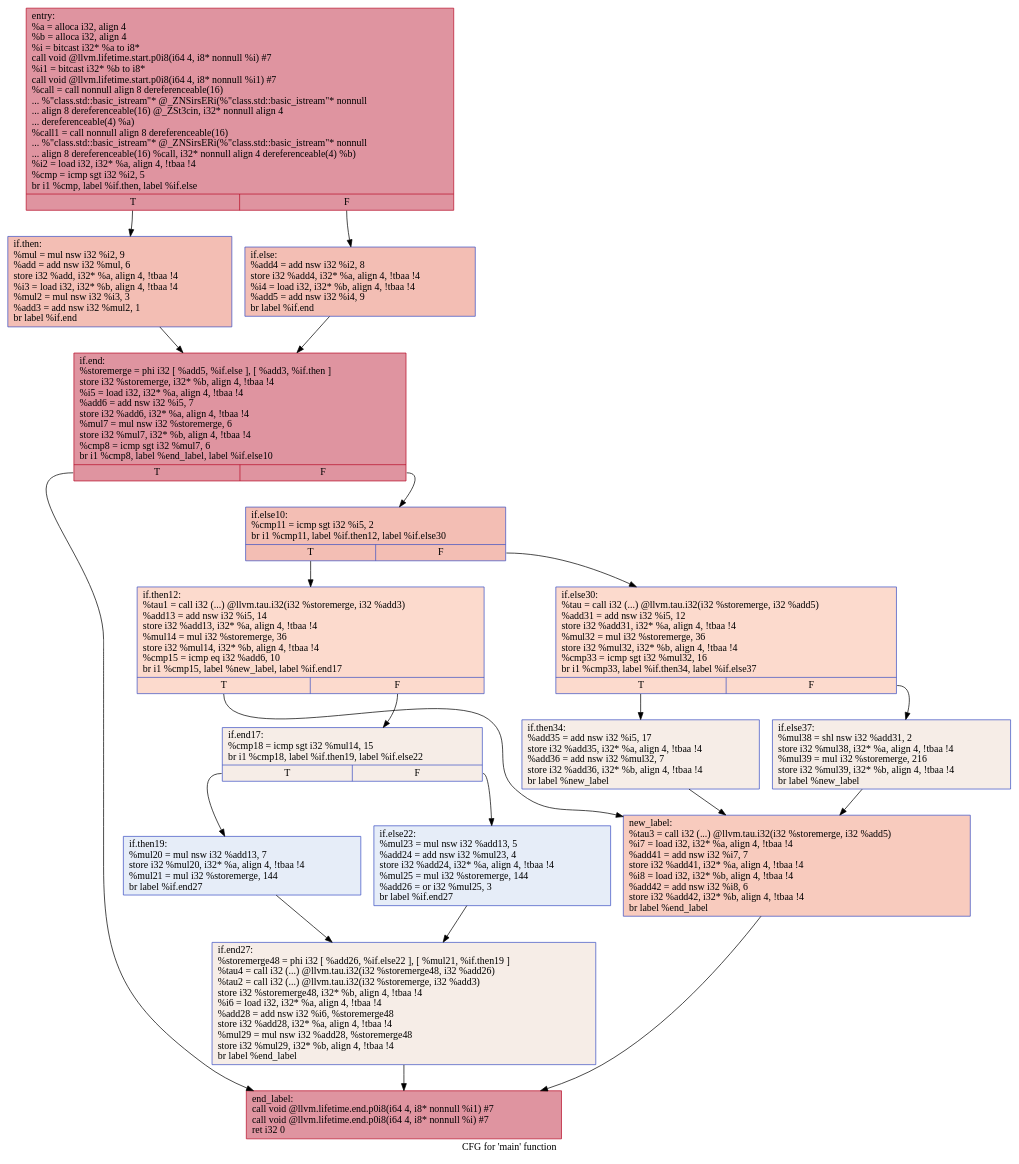
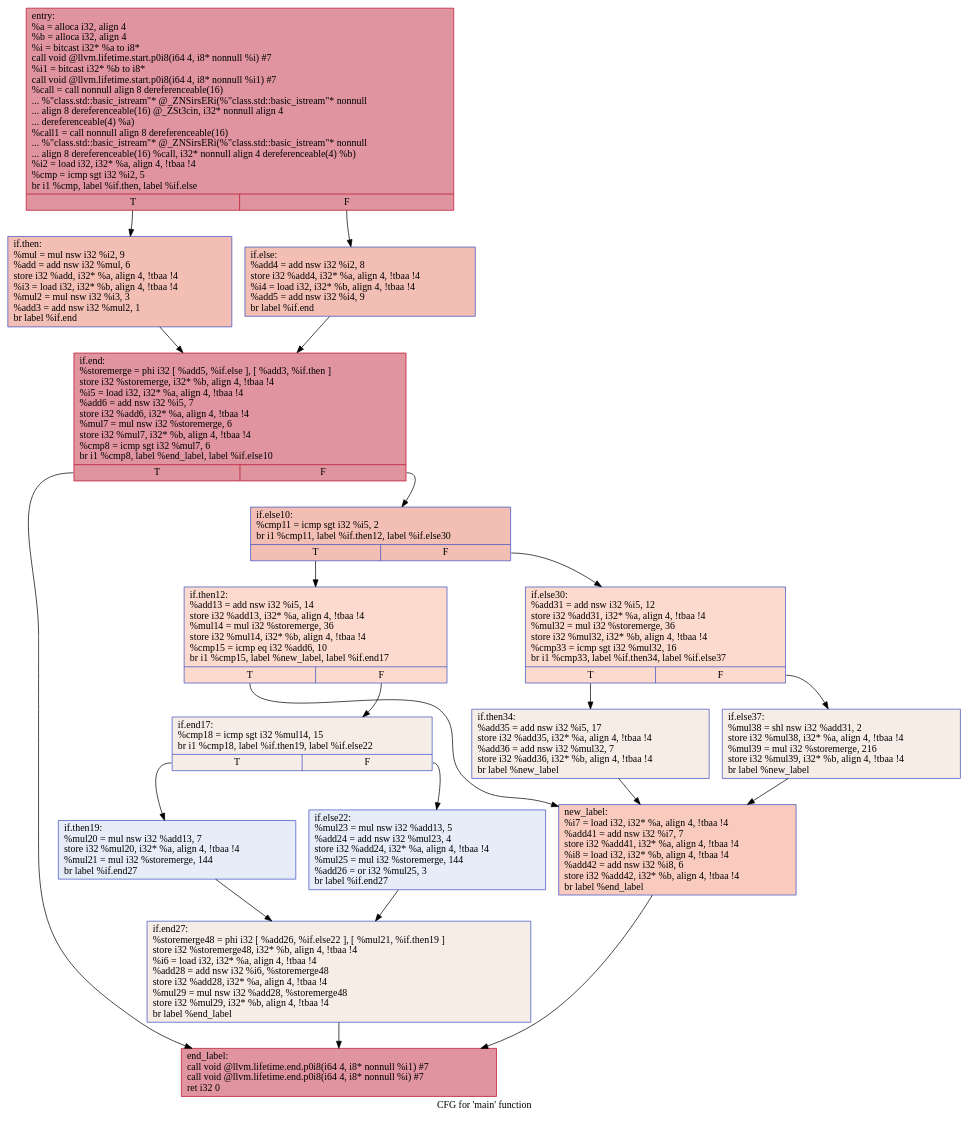
The diagram in IR/cfg/.main.dot (HPSSA-LLVM/HPSSA-LLVM), drawn with Graphviz before and after one commit. The commit also changed 8 other files, not shown here.

```diff
--- a/IR/cfg/.main.dot
+++ b/IR/cfg/.main.dot
@@ -1,39 +1,39 @@
 digraph "CFG for 'main' function" {
 	label="CFG for 'main' function";
 
-	Node0x55c37dbb5500 [shape=record,color="#b70d28ff", style=filled, fillcolor="#b70d2870",label="{entry:\l  %a = alloca i32, align 4\l  %b = alloca i32, align 4\l  %i = bitcast i32* %a to i8*\l  call void @llvm.lifetime.start.p0i8(i64 4, i8* nonnull %i) #7\l  %i1 = bitcast i32* %b to i8*\l  call void @llvm.lifetime.start.p0i8(i64 4, i8* nonnull %i1) #7\l  %call = call nonnull align 8 dereferenceable(16)\l... %\"class.std::basic_istream\"* @_ZNSirsERi(%\"class.std::basic_istream\"* nonnull\l... align 8 dereferenceable(16) @_ZSt3cin, i32* nonnull align 4\l... dereferenceable(4) %a)\l  %call1 = call nonnull align 8 dereferenceable(16)\l... %\"class.std::basic_istream\"* @_ZNSirsERi(%\"class.std::basic_istream\"* nonnull\l... align 8 dereferenceable(16) %call, i32* nonnull align 4 dereferenceable(4) %b)\l  %i2 = load i32, i32* %a, align 4, !tbaa !4\l  %cmp = icmp sgt i32 %i2, 5\l  br i1 %cmp, label %if.then, label %if.else\l|{<s0>T|<s1>F}}"];
-	Node0x55c37dbb5500:s0 -> Node0x55c37dbb6f40;
-	Node0x55c37dbb5500:s1 -> Node0x55c37dbb7010;
-	Node0x55c37dbb6f40 [shape=record,color="#3d50c3ff", style=filled, fillcolor="#e36c5570",label="{if.then:                                          \l  %mul = mul nsw i32 %i2, 9\l  %add = add nsw i32 %mul, 6\l  store i32 %add, i32* %a, align 4, !tbaa !4\l  %i3 = load i32, i32* %b, align 4, !tbaa !4\l  %mul2 = mul nsw i32 %i3, 3\l  %add3 = add nsw i32 %mul2, 1\l  br label %if.end\l}"];
-	Node0x55c37dbb6f40 -> Node0x55c37dbb7db0;
-	Node0x55c37dbb7010 [shape=record,color="#3d50c3ff", style=filled, fillcolor="#e36c5570",label="{if.else:                                          \l  %add4 = add nsw i32 %i2, 8\l  store i32 %add4, i32* %a, align 4, !tbaa !4\l  %i4 = load i32, i32* %b, align 4, !tbaa !4\l  %add5 = add nsw i32 %i4, 9\l  br label %if.end\l}"];
-	Node0x55c37dbb7010 -> Node0x55c37dbb7db0;
-	Node0x55c37dbb7db0 [shape=record,color="#b70d28ff", style=filled, fillcolor="#b70d2870",label="{if.end:                                           \l  %storemerge = phi i32 [ %add5, %if.else ], [ %add3, %if.then ]\l  store i32 %storemerge, i32* %b, align 4, !tbaa !4\l  %i5 = load i32, i32* %a, align 4, !tbaa !4\l  %add6 = add nsw i32 %i5, 7\l  store i32 %add6, i32* %a, align 4, !tbaa !4\l  %mul7 = mul nsw i32 %storemerge, 6\l  store i32 %mul7, i32* %b, align 4, !tbaa !4\l  %cmp8 = icmp sgt i32 %mul7, 6\l  br i1 %cmp8, label %end_label, label %if.else10\l|{<s0>T|<s1>F}}"];
-	Node0x55c37dbb7db0:s0 -> Node0x55c37dbb89d0;
-	Node0x55c37dbb7db0:s1 -> Node0x55c37dbb8a50;
-	Node0x55c37dbb8a50 [shape=record,color="#3d50c3ff", style=filled, fillcolor="#e36c5570",label="{if.else10:                                        \l  %cmp11 = icmp sgt i32 %i5, 2\l  br i1 %cmp11, label %if.then12, label %if.else30\l|{<s0>T|<s1>F}}"];
-	Node0x55c37dbb8a50:s0 -> Node0x55c37dbb8cc0;
-	Node0x55c37dbb8a50:s1 -> Node0x55c37dbb8d40;
-	Node0x55c37dbb8cc0 [shape=record,color="#3d50c3ff", style=filled, fillcolor="#f7ac8e70",label="{if.then12:                                        \l  %tau1 = call i32 (...) @llvm.tau.i32(i32 %storemerge, i32 %add3)\l  %add13 = add nsw i32 %i5, 14\l  store i32 %add13, i32* %a, align 4, !tbaa !4\l  %mul14 = mul i32 %storemerge, 36\l  store i32 %mul14, i32* %b, align 4, !tbaa !4\l  %cmp15 = icmp eq i32 %add6, 10\l  br i1 %cmp15, label %new_label, label %if.end17\l|{<s0>T|<s1>F}}"];
-	Node0x55c37dbb8cc0:s0 -> Node0x55c37dbb9510;
-	Node0x55c37dbb8cc0:s1 -> Node0x55c37dbb95f0;
-	Node0x55c37dbb95f0 [shape=record,color="#3d50c3ff", style=filled, fillcolor="#ead5c970",label="{if.end17:                                         \l  %cmp18 = icmp sgt i32 %mul14, 15\l  br i1 %cmp18, label %if.then19, label %if.else22\l|{<s0>T|<s1>F}}"];
-	Node0x55c37dbb95f0:s0 -> Node0x55c37dbba070;
-	Node0x55c37dbb95f0:s1 -> Node0x55c37dbba0f0;
-	Node0x55c37dbba070 [shape=record,color="#3d50c3ff", style=filled, fillcolor="#c7d7f070",label="{if.then19:                                        \l  %mul20 = mul nsw i32 %add13, 7\l  store i32 %mul20, i32* %a, align 4, !tbaa !4\l  %mul21 = mul i32 %storemerge, 144\l  br label %if.end27\l}"];
-	Node0x55c37dbba070 -> Node0x55c37dbba4a0;
-	Node0x55c37dbba0f0 [shape=record,color="#3d50c3ff", style=filled, fillcolor="#c7d7f070",label="{if.else22:                                        \l  %mul23 = mul nsw i32 %add13, 5\l  %add24 = add nsw i32 %mul23, 4\l  store i32 %add24, i32* %a, align 4, !tbaa !4\l  %mul25 = mul i32 %storemerge, 144\l  %add26 = or i32 %mul25, 3\l  br label %if.end27\l}"];
-	Node0x55c37dbba0f0 -> Node0x55c37dbba4a0;
-	Node0x55c37dbba4a0 [shape=record,color="#3d50c3ff", style=filled, fillcolor="#ead5c970",label="{if.end27:                                         \l  %storemerge48 = phi i32 [ %add26, %if.else22 ], [ %mul21, %if.then19 ]\l  %tau4 = call i32 (...) @llvm.tau.i32(i32 %storemerge48, i32 %add26)\l  %tau2 = call i32 (...) @llvm.tau.i32(i32 %storemerge, i32 %add3)\l  store i32 %storemerge48, i32* %b, align 4, !tbaa !4\l  %i6 = load i32, i32* %a, align 4, !tbaa !4\l  %add28 = add nsw i32 %i6, %storemerge48\l  store i32 %add28, i32* %a, align 4, !tbaa !4\l  %mul29 = mul nsw i32 %add28, %storemerge48\l  store i32 %mul29, i32* %b, align 4, !tbaa !4\l  br label %end_label\l}"];
-	Node0x55c37dbba4a0 -> Node0x55c37dbb89d0;
-	Node0x55c37dbb8d40 [shape=record,color="#3d50c3ff", style=filled, fillcolor="#f7ac8e70",label="{if.else30:                                        \l  %tau = call i32 (...) @llvm.tau.i32(i32 %storemerge, i32 %add5)\l  %add31 = add nsw i32 %i5, 12\l  store i32 %add31, i32* %a, align 4, !tbaa !4\l  %mul32 = mul i32 %storemerge, 36\l  store i32 %mul32, i32* %b, align 4, !tbaa !4\l  %cmp33 = icmp sgt i32 %mul32, 16\l  br i1 %cmp33, label %if.then34, label %if.else37\l|{<s0>T|<s1>F}}"];
-	Node0x55c37dbb8d40:s0 -> Node0x55c37dbbbb50;
-	Node0x55c37dbb8d40:s1 -> Node0x55c37dbbbbd0;
-	Node0x55c37dbbbb50 [shape=record,color="#3d50c3ff", style=filled, fillcolor="#ead5c970",label="{if.then34:                                        \l  %add35 = add nsw i32 %i5, 17\l  store i32 %add35, i32* %a, align 4, !tbaa !4\l  %add36 = add nsw i32 %mul32, 7\l  store i32 %add36, i32* %b, align 4, !tbaa !4\l  br label %new_label\l}"];
-	Node0x55c37dbbbb50 -> Node0x55c37dbb9510;
-	Node0x55c37dbbbbd0 [shape=record,color="#3d50c3ff", style=filled, fillcolor="#ead5c970",label="{if.else37:                                        \l  %mul38 = shl nsw i32 %add31, 2\l  store i32 %mul38, i32* %a, align 4, !tbaa !4\l  %mul39 = mul i32 %storemerge, 216\l  store i32 %mul39, i32* %b, align 4, !tbaa !4\l  br label %new_label\l}"];
-	Node0x55c37dbbbbd0 -> Node0x55c37dbb9510;
-	Node0x55c37dbb9510 [shape=record,color="#3d50c3ff", style=filled, fillcolor="#ef886b70",label="{new_label:                                        \l  %tau3 = call i32 (...) @llvm.tau.i32(i32 %storemerge, i32 %add5)\l  %i7 = load i32, i32* %a, align 4, !tbaa !4\l  %add41 = add nsw i32 %i7, 7\l  store i32 %add41, i32* %a, align 4, !tbaa !4\l  %i8 = load i32, i32* %b, align 4, !tbaa !4\l  %add42 = add nsw i32 %i8, 6\l  store i32 %add42, i32* %b, align 4, !tbaa !4\l  br label %end_label\l}"];
-	Node0x55c37dbb9510 -> Node0x55c37dbb89d0;
-	Node0x55c37dbb89d0 [shape=record,color="#b70d28ff", style=filled, fillcolor="#b70d2870",label="{end_label:                                        \l  call void @llvm.lifetime.end.p0i8(i64 4, i8* nonnull %i1) #7\l  call void @llvm.lifetime.end.p0i8(i64 4, i8* nonnull %i) #7\l  ret i32 0\l}"];
+	Node0x558e8d2ae3b0 [shape=record,color="#b70d28ff", style=filled, fillcolor="#b70d2870",label="{entry:\l  %a = alloca i32, align 4\l  %b = alloca i32, align 4\l  %i = bitcast i32* %a to i8*\l  call void @llvm.lifetime.start.p0i8(i64 4, i8* nonnull %i) #7\l  %i1 = bitcast i32* %b to i8*\l  call void @llvm.lifetime.start.p0i8(i64 4, i8* nonnull %i1) #7\l  %call = call nonnull align 8 dereferenceable(16)\l... %\"class.std::basic_istream\"* @_ZNSirsERi(%\"class.std::basic_istream\"* nonnull\l... align 8 dereferenceable(16) @_ZSt3cin, i32* nonnull align 4\l... dereferenceable(4) %a)\l  %call1 = call nonnull align 8 dereferenceable(16)\l... %\"class.std::basic_istream\"* @_ZNSirsERi(%\"class.std::basic_istream\"* nonnull\l... align 8 dereferenceable(16) %call, i32* nonnull align 4 dereferenceable(4) %b)\l  %i2 = load i32, i32* %a, align 4, !tbaa !4\l  %cmp = icmp sgt i32 %i2, 5\l  br i1 %cmp, label %if.then, label %if.else\l|{<s0>T|<s1>F}}"];
+	Node0x558e8d2ae3b0:s0 -> Node0x558e8d2afdf0;
+	Node0x558e8d2ae3b0:s1 -> Node0x558e8d2afec0;
+	Node0x558e8d2afdf0 [shape=record,color="#3d50c3ff", style=filled, fillcolor="#e36c5570",label="{if.then:                                          \l  %mul = mul nsw i32 %i2, 9\l  %add = add nsw i32 %mul, 6\l  store i32 %add, i32* %a, align 4, !tbaa !4\l  %i3 = load i32, i32* %b, align 4, !tbaa !4\l  %mul2 = mul nsw i32 %i3, 3\l  %add3 = add nsw i32 %mul2, 1\l  br label %if.end\l}"];
+	Node0x558e8d2afdf0 -> Node0x558e8d2b0c60;
+	Node0x558e8d2afec0 [shape=record,color="#3d50c3ff", style=filled, fillcolor="#e36c5570",label="{if.else:                                          \l  %add4 = add nsw i32 %i2, 8\l  store i32 %add4, i32* %a, align 4, !tbaa !4\l  %i4 = load i32, i32* %b, align 4, !tbaa !4\l  %add5 = add nsw i32 %i4, 9\l  br label %if.end\l}"];
+	Node0x558e8d2afec0 -> Node0x558e8d2b0c60;
+	Node0x558e8d2b0c60 [shape=record,color="#b70d28ff", style=filled, fillcolor="#b70d2870",label="{if.end:                                           \l  %storemerge = phi i32 [ %add5, %if.else ], [ %add3, %if.then ]\l  store i32 %storemerge, i32* %b, align 4, !tbaa !4\l  %i5 = load i32, i32* %a, align 4, !tbaa !4\l  %add6 = add nsw i32 %i5, 7\l  store i32 %add6, i32* %a, align 4, !tbaa !4\l  %mul7 = mul nsw i32 %storemerge, 6\l  store i32 %mul7, i32* %b, align 4, !tbaa !4\l  %cmp8 = icmp sgt i32 %mul7, 6\l  br i1 %cmp8, label %end_label, label %if.else10\l|{<s0>T|<s1>F}}"];
+	Node0x558e8d2b0c60:s0 -> Node0x558e8d2b1880;
+	Node0x558e8d2b0c60:s1 -> Node0x558e8d2b1900;
+	Node0x558e8d2b1900 [shape=record,color="#3d50c3ff", style=filled, fillcolor="#e36c5570",label="{if.else10:                                        \l  %cmp11 = icmp sgt i32 %i5, 2\l  br i1 %cmp11, label %if.then12, label %if.else30\l|{<s0>T|<s1>F}}"];
+	Node0x558e8d2b1900:s0 -> Node0x558e8d2b1b70;
+	Node0x558e8d2b1900:s1 -> Node0x558e8d2b1bf0;
+	Node0x558e8d2b1b70 [shape=record,color="#3d50c3ff", style=filled, fillcolor="#f7ac8e70",label="{if.then12:                                        \l  %add13 = add nsw i32 %i5, 14\l  store i32 %add13, i32* %a, align 4, !tbaa !4\l  %mul14 = mul i32 %storemerge, 36\l  store i32 %mul14, i32* %b, align 4, !tbaa !4\l  %cmp15 = icmp eq i32 %add6, 10\l  br i1 %cmp15, label %new_label, label %if.end17\l|{<s0>T|<s1>F}}"];
+	Node0x558e8d2b1b70:s0 -> Node0x558e8d2b2140;
+	Node0x558e8d2b1b70:s1 -> Node0x558e8d2b21c0;
+	Node0x558e8d2b21c0 [shape=record,color="#3d50c3ff", style=filled, fillcolor="#ead5c970",label="{if.end17:                                         \l  %cmp18 = icmp sgt i32 %mul14, 15\l  br i1 %cmp18, label %if.then19, label %if.else22\l|{<s0>T|<s1>F}}"];
+	Node0x558e8d2b21c0:s0 -> Node0x558e8d2b2430;
+	Node0x558e8d2b21c0:s1 -> Node0x558e8d2b2cc0;
+	Node0x558e8d2b2430 [shape=record,color="#3d50c3ff", style=filled, fillcolor="#c7d7f070",label="{if.then19:                                        \l  %mul20 = mul nsw i32 %add13, 7\l  store i32 %mul20, i32* %a, align 4, !tbaa !4\l  %mul21 = mul i32 %storemerge, 144\l  br label %if.end27\l}"];
+	Node0x558e8d2b2430 -> Node0x558e8d2b3070;
+	Node0x558e8d2b2cc0 [shape=record,color="#3d50c3ff", style=filled, fillcolor="#c7d7f070",label="{if.else22:                                        \l  %mul23 = mul nsw i32 %add13, 5\l  %add24 = add nsw i32 %mul23, 4\l  store i32 %add24, i32* %a, align 4, !tbaa !4\l  %mul25 = mul i32 %storemerge, 144\l  %add26 = or i32 %mul25, 3\l  br label %if.end27\l}"];
+	Node0x558e8d2b2cc0 -> Node0x558e8d2b3070;
+	Node0x558e8d2b3070 [shape=record,color="#3d50c3ff", style=filled, fillcolor="#ead5c970",label="{if.end27:                                         \l  %storemerge48 = phi i32 [ %add26, %if.else22 ], [ %mul21, %if.then19 ]\l  store i32 %storemerge48, i32* %b, align 4, !tbaa !4\l  %i6 = load i32, i32* %a, align 4, !tbaa !4\l  %add28 = add nsw i32 %i6, %storemerge48\l  store i32 %add28, i32* %a, align 4, !tbaa !4\l  %mul29 = mul nsw i32 %add28, %storemerge48\l  store i32 %mul29, i32* %b, align 4, !tbaa !4\l  br label %end_label\l}"];
+	Node0x558e8d2b3070 -> Node0x558e8d2b1880;
+	Node0x558e8d2b1bf0 [shape=record,color="#3d50c3ff", style=filled, fillcolor="#f7ac8e70",label="{if.else30:                                        \l  %add31 = add nsw i32 %i5, 12\l  store i32 %add31, i32* %a, align 4, !tbaa !4\l  %mul32 = mul i32 %storemerge, 36\l  store i32 %mul32, i32* %b, align 4, !tbaa !4\l  %cmp33 = icmp sgt i32 %mul32, 16\l  br i1 %cmp33, label %if.then34, label %if.else37\l|{<s0>T|<s1>F}}"];
+	Node0x558e8d2b1bf0:s0 -> Node0x558e8d2b4390;
+	Node0x558e8d2b1bf0:s1 -> Node0x558e8d2b4410;
+	Node0x558e8d2b4390 [shape=record,color="#3d50c3ff", style=filled, fillcolor="#ead5c970",label="{if.then34:                                        \l  %add35 = add nsw i32 %i5, 17\l  store i32 %add35, i32* %a, align 4, !tbaa !4\l  %add36 = add nsw i32 %mul32, 7\l  store i32 %add36, i32* %b, align 4, !tbaa !4\l  br label %new_label\l}"];
+	Node0x558e8d2b4390 -> Node0x558e8d2b2140;
+	Node0x558e8d2b4410 [shape=record,color="#3d50c3ff", style=filled, fillcolor="#ead5c970",label="{if.else37:                                        \l  %mul38 = shl nsw i32 %add31, 2\l  store i32 %mul38, i32* %a, align 4, !tbaa !4\l  %mul39 = mul i32 %storemerge, 216\l  store i32 %mul39, i32* %b, align 4, !tbaa !4\l  br label %new_label\l}"];
+	Node0x558e8d2b4410 -> Node0x558e8d2b2140;
+	Node0x558e8d2b2140 [shape=record,color="#3d50c3ff", style=filled, fillcolor="#ef886b70",label="{new_label:                                        \l  %i7 = load i32, i32* %a, align 4, !tbaa !4\l  %add41 = add nsw i32 %i7, 7\l  store i32 %add41, i32* %a, align 4, !tbaa !4\l  %i8 = load i32, i32* %b, align 4, !tbaa !4\l  %add42 = add nsw i32 %i8, 6\l  store i32 %add42, i32* %b, align 4, !tbaa !4\l  br label %end_label\l}"];
+	Node0x558e8d2b2140 -> Node0x558e8d2b1880;
+	Node0x558e8d2b1880 [shape=record,color="#b70d28ff", style=filled, fillcolor="#b70d2870",label="{end_label:                                        \l  call void @llvm.lifetime.end.p0i8(i64 4, i8* nonnull %i1) #7\l  call void @llvm.lifetime.end.p0i8(i64 4, i8* nonnull %i) #7\l  ret i32 0\l}"];
 }
```
